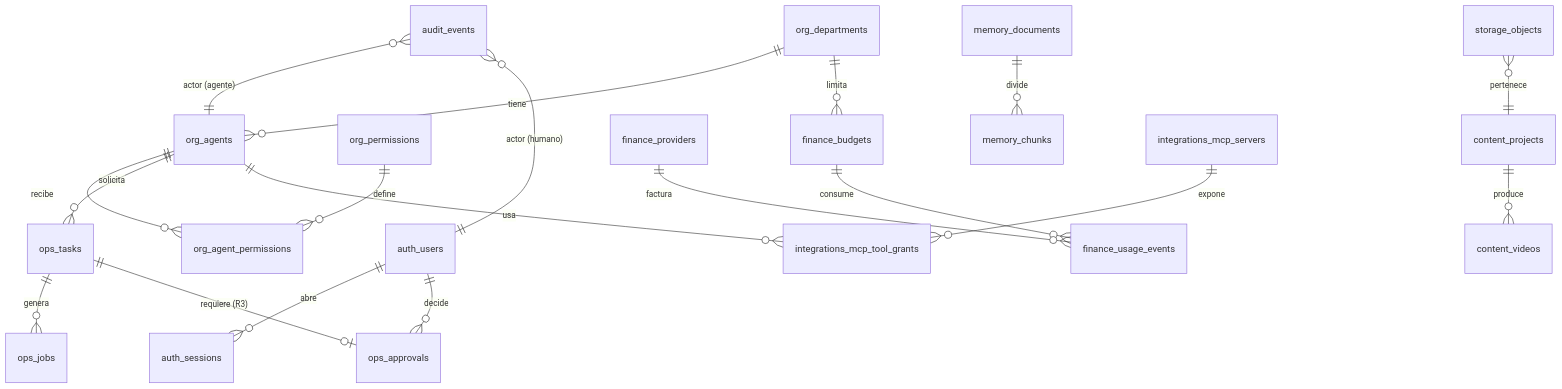
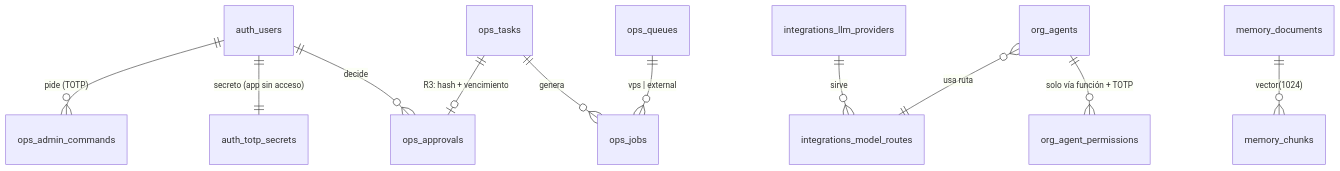
Before and after one commit to damiancardozoortiz-gif/Radar: the third of 3 diagrams in crdo/docs/ETAPA-1-DISENO.md, drawn with Mermaid. The commit also changed other lines of this file and 29 other files, not shown here.

````diff
--- a/crdo/docs/ETAPA-1-DISENO.md
+++ b/crdo/docs/ETAPA-1-DISENO.md
@@ -418,21 +435,13 @@
 ```mermaid
 erDiagram
-  org_departments ||--o{ org_agents : tiene
-  org_agents ||--o{ org_agent_permissions : recibe
-  org_permissions ||--o{ org_agent_permissions : define
-  auth_users ||--o{ auth_sessions : abre
+  auth_users ||--|| auth_totp_secrets : "secreto (app sin acceso)"
   auth_users ||--o{ ops_approvals : decide
-  org_agents ||--o{ ops_tasks : solicita
+  ops_tasks ||--o| ops_approvals : "R3: hash + vencimiento"
   ops_tasks ||--o{ ops_jobs : genera
-  ops_tasks ||--o| ops_approvals : "requiere (R3)"
-  org_departments ||--o{ finance_budgets : limita
-  finance_budgets ||--o{ finance_usage_events : consume
-  finance_providers ||--o{ finance_usage_events : factura
-  memory_documents ||--o{ memory_chunks : divide
-  storage_objects }o--|| content_projects : pertenece
-  content_projects ||--o{ content_videos : produce
-  integrations_mcp_servers ||--o{ integrations_mcp_tool_grants : expone
-  org_agents ||--o{ integrations_mcp_tool_grants : usa
-  audit_events }o--|| org_agents : "actor (agente)"
-  audit_events }o--|| auth_users : "actor (humano)"
+  ops_queues ||--o{ ops_jobs : "vps | external"
+  auth_users ||--o{ ops_admin_commands : "pide (TOTP)"
+  org_agents ||--o{ org_agent_permissions : "solo vía función + TOTP"
+  integrations_llm_providers ||--o{ integrations_model_routes : sirve
+  org_agents }o--|| integrations_model_routes : "usa ruta"
+  memory_documents ||--o{ memory_chunks : "vector(1024)"
 ```
````
